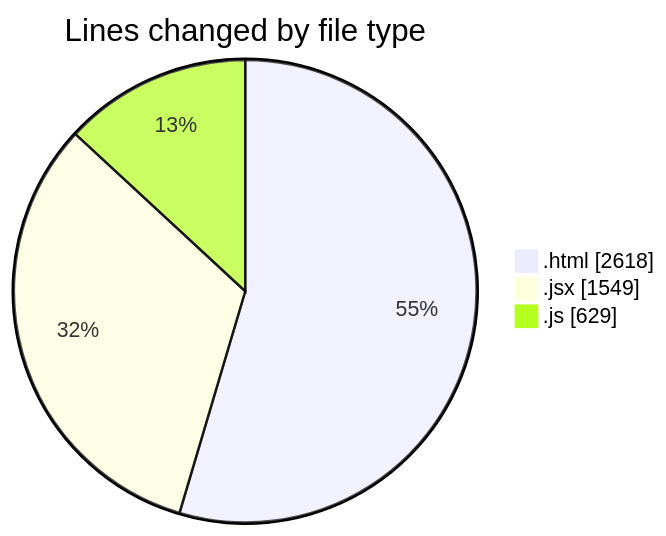
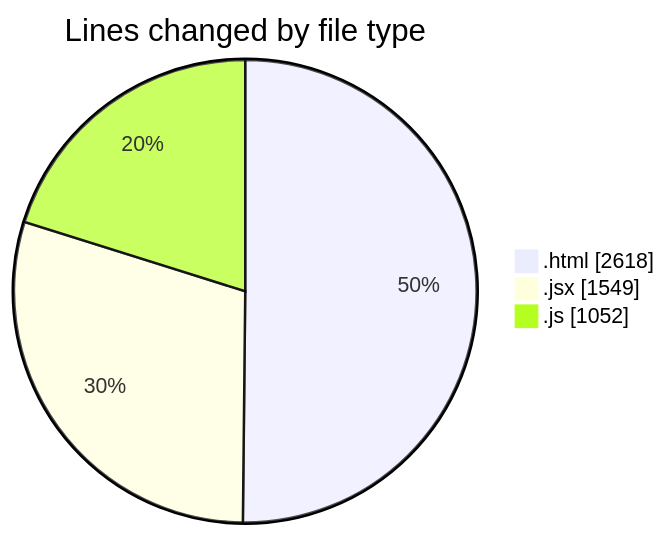
One commit to nxtqubesakshisongat/code-tracking changed the first of 2 diagrams in 2025-08-08/nxtqube_webapp/README.md. Above: the diagram before and after it, drawn with Mermaid. The commit also changed other lines of this file and 1 other file, not shown here.

````diff
--- a/2025-08-08/nxtqube_webapp/README.md
+++ b/2025-08-08/nxtqube_webapp/README.md
@@ -23,7 +23,7 @@
 ```mermaid
 pie showData
 title Lines changed by file type
 ".html" : 2618
 ".jsx" : 1549
-".js" : 629
+".js" : 1052
 ```
````
